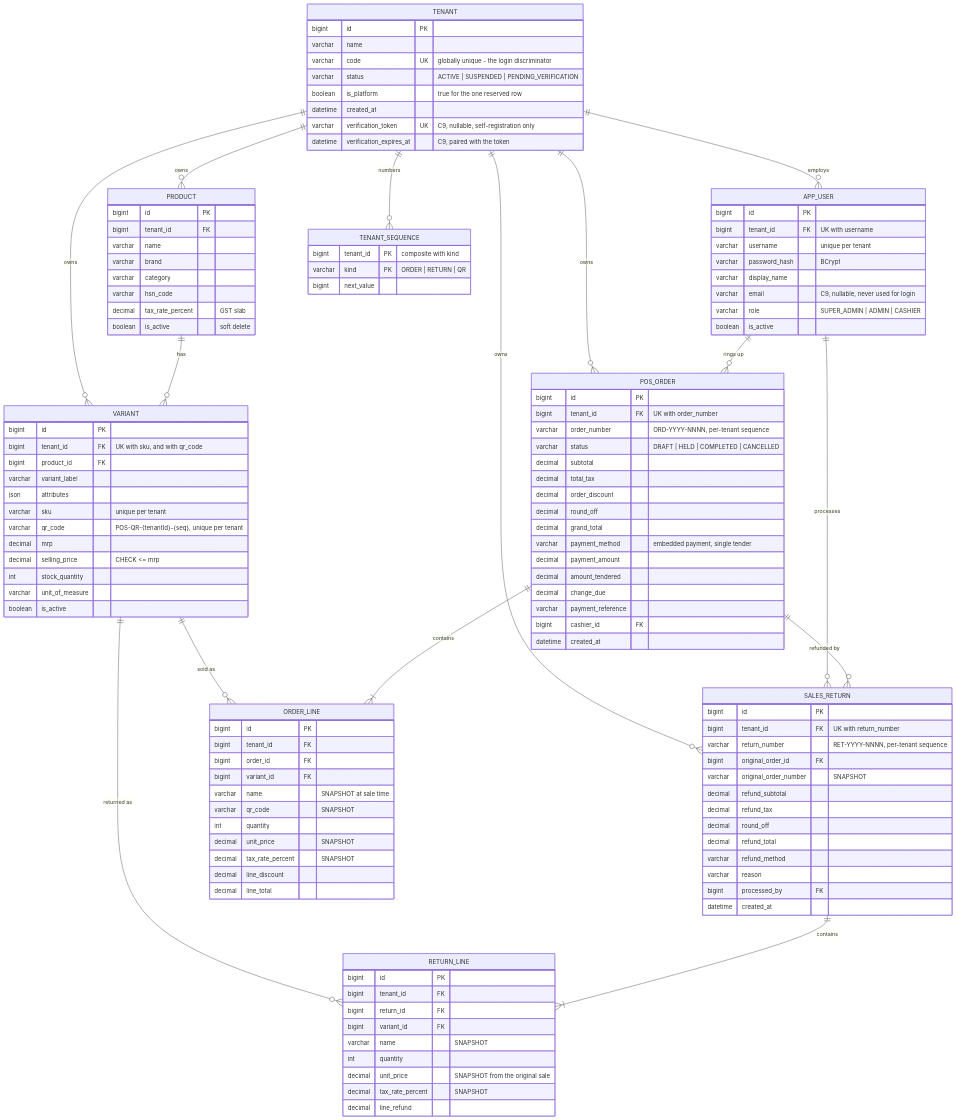
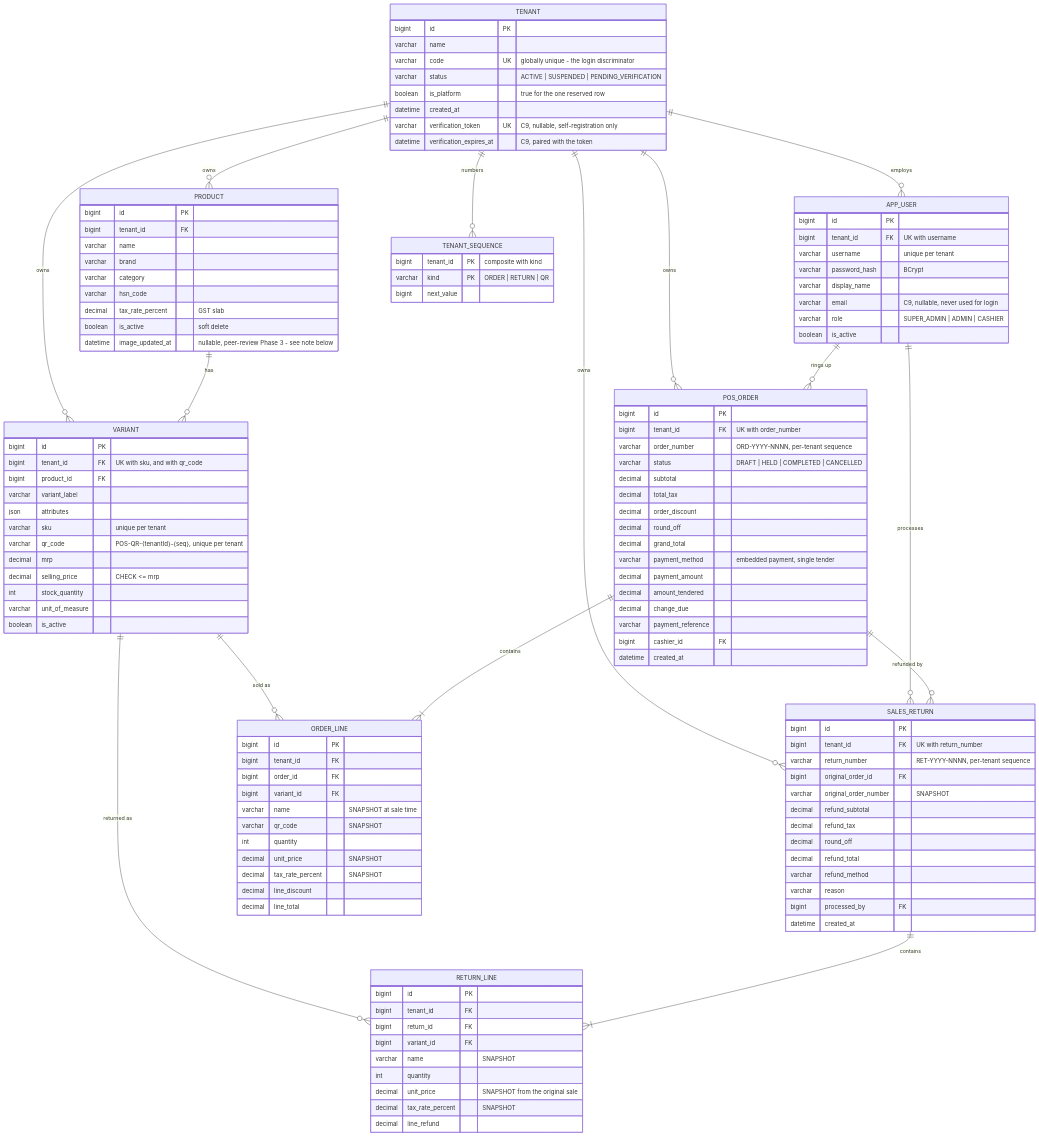
Before and after one commit to mitul-garg/pos-backend: the diagram in prompts/database/er-diagram.md, drawn with Mermaid. The commit also changed other lines of this file and 32 other files, not shown here.

```diff
--- a/prompts/database/er-diagram.md
+++ b/prompts/database/er-diagram.md
@@ -68,6 +68,7 @@
         varchar hsn_code
         decimal tax_rate_percent "GST slab"
         boolean is_active "soft delete"
+        datetime image_updated_at "nullable, peer-review Phase 3 - see note below"
     }
 
     VARIANT {
```
